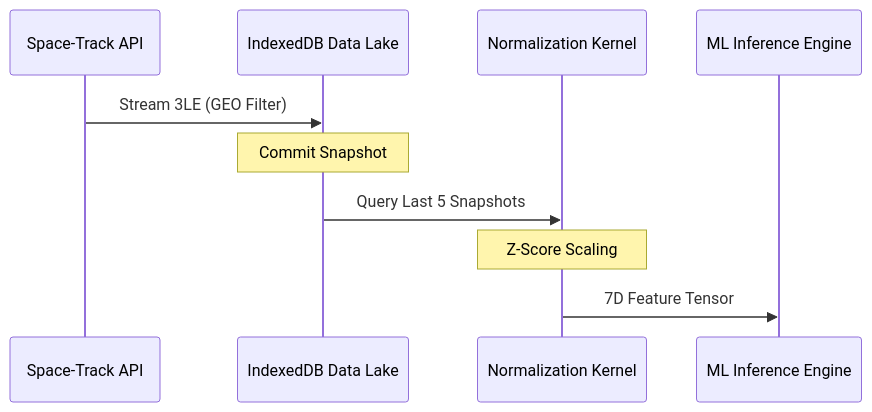
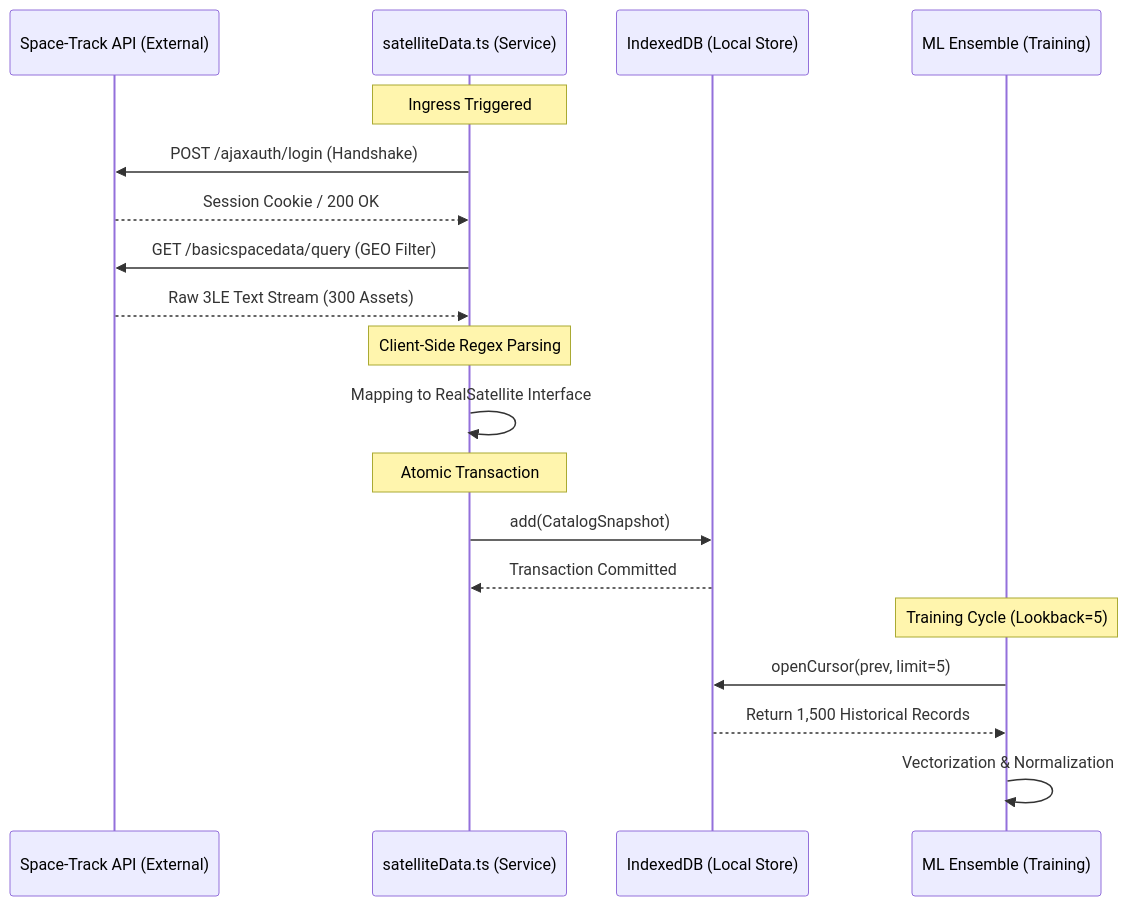
The second of 2 diagrams in TECHNICAL_SPEC.md (ritvikindupuri/Orbitwatch), drawn with Mermaid before and after one commit. The commit also changed other lines of this file, not shown here.

````diff
--- a/TECHNICAL_SPEC.md
+++ b/TECHNICAL_SPEC.md
@@ -64,13 +75,25 @@
 ```mermaid
 sequenceDiagram
-    participant API as Space-Track API
-    participant IDB as IndexedDB Data Lake
-    participant NORM as Normalization Kernel
-    participant ML as ML Inference Engine
+    participant ST as Space-Track API (External)
+    participant SVC as satelliteData.ts (Service)
+    participant IDB as IndexedDB (Local Store)
+    participant ML as ML Ensemble (Training)
 
-    API->>IDB: Stream 3LE (GEO Filter)
-    Note over IDB: Commit Snapshot
-    IDB->>NORM: Query Last 5 Snapshots
-    Note over NORM: Z-Score Scaling
-    NORM->>ML: 7D Feature Tensor
+    Note over SVC: Ingress Triggered
+    SVC->>ST: POST /ajaxauth/login (Handshake)
+    ST-->>SVC: Session Cookie / 200 OK
+    SVC->>ST: GET /basicspacedata/query (GEO Filter)
+    ST-->>SVC: Raw 3LE Text Stream (300 Assets)
+    
+    Note over SVC: Client-Side Regex Parsing
+    SVC->>SVC: Mapping to RealSatellite Interface
+    
+    Note over SVC: Atomic Transaction
+    SVC->>IDB: add(CatalogSnapshot)
+    IDB-->>SVC: Transaction Committed
+    
+    Note over ML: Training Cycle (Lookback=5)
+    ML->>IDB: openCursor(prev, limit=5)
+    IDB-->>ML: Return 1,500 Historical Records
+    ML->>ML: Vectorization & Normalization
 ```
````
